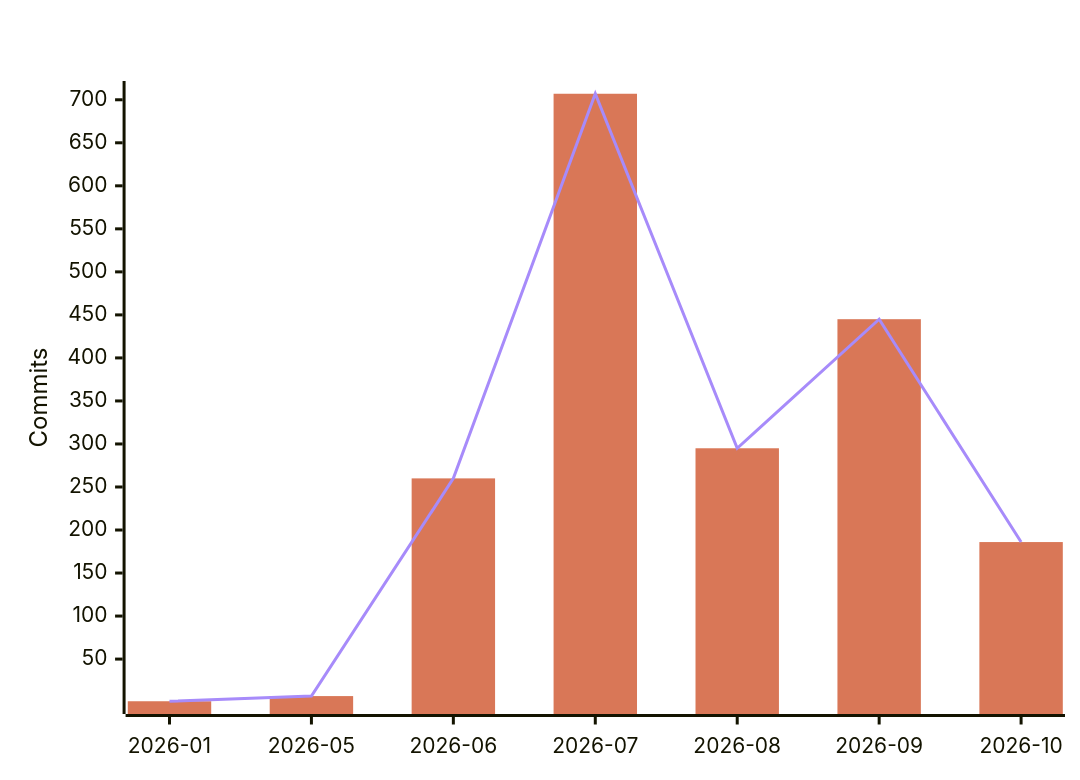
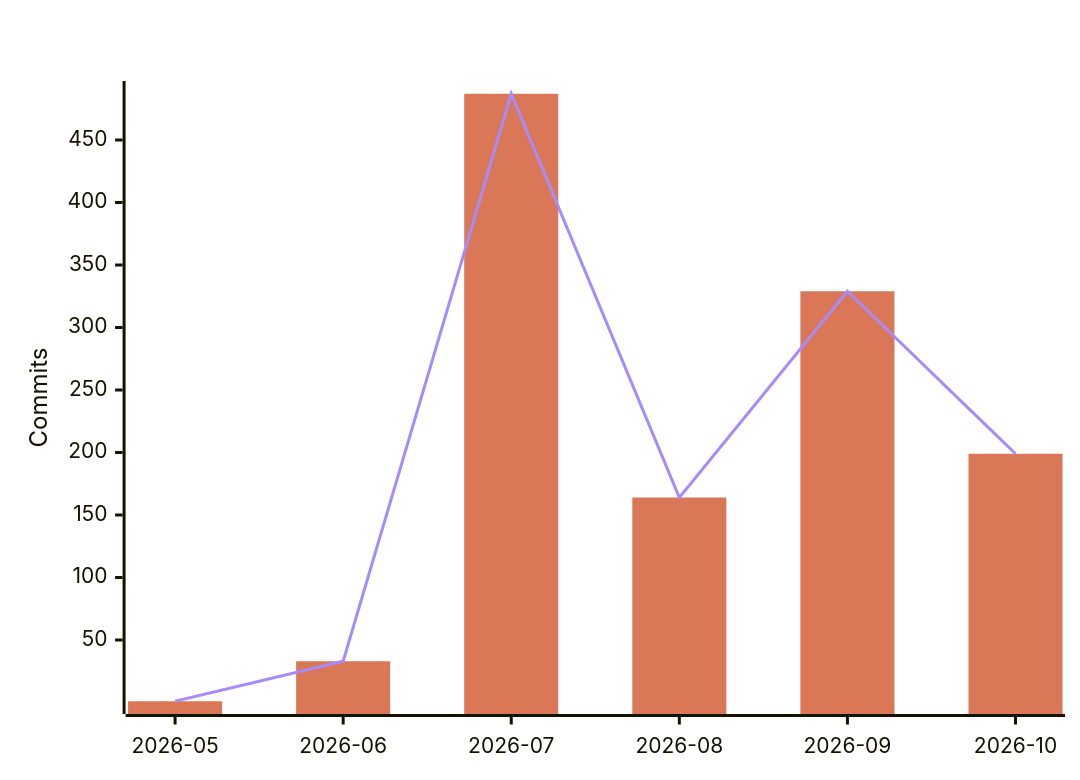
The fourth of 7 diagrams in README.md (polo-nyan/polo-nyan), drawn with Mermaid before and after one commit. The commit also changed other lines of this file and 1 other file, not shown here.

````diff
--- a/README.md
+++ b/README.md
@@ -294,9 +293,9 @@
 ```mermaid
 %%{init: {"xyChart": {"titleColor": "#ffffff", "xAxisLabelColor": "#ffffff", "yAxisLabelColor": "#ffffff"}, "themeVariables": {"xyChart": {"titleColor": "#ffffff", "plotColorPalette": "#d97757, #a78bfa"}}}}%%
 xychart-beta
     title "AI-Assisted Commits Per Month"
-    x-axis ["2026-01", "2026-05", "2026-06", "2026-07", "2026-08", "2026-09", "2026-10"]
+    x-axis ["2026-05", "2026-06", "2026-07", "2026-08", "2026-09", "2026-10"]
     y-axis "Commits"
-    bar [1, 7, 260, 707, 295, 445, 186]
-    line [1, 7, 260, 707, 295, 445, 186]
+    bar [1, 33, 487, 164, 329, 199]
+    line [1, 33, 487, 164, 329, 199]
 ```
````
